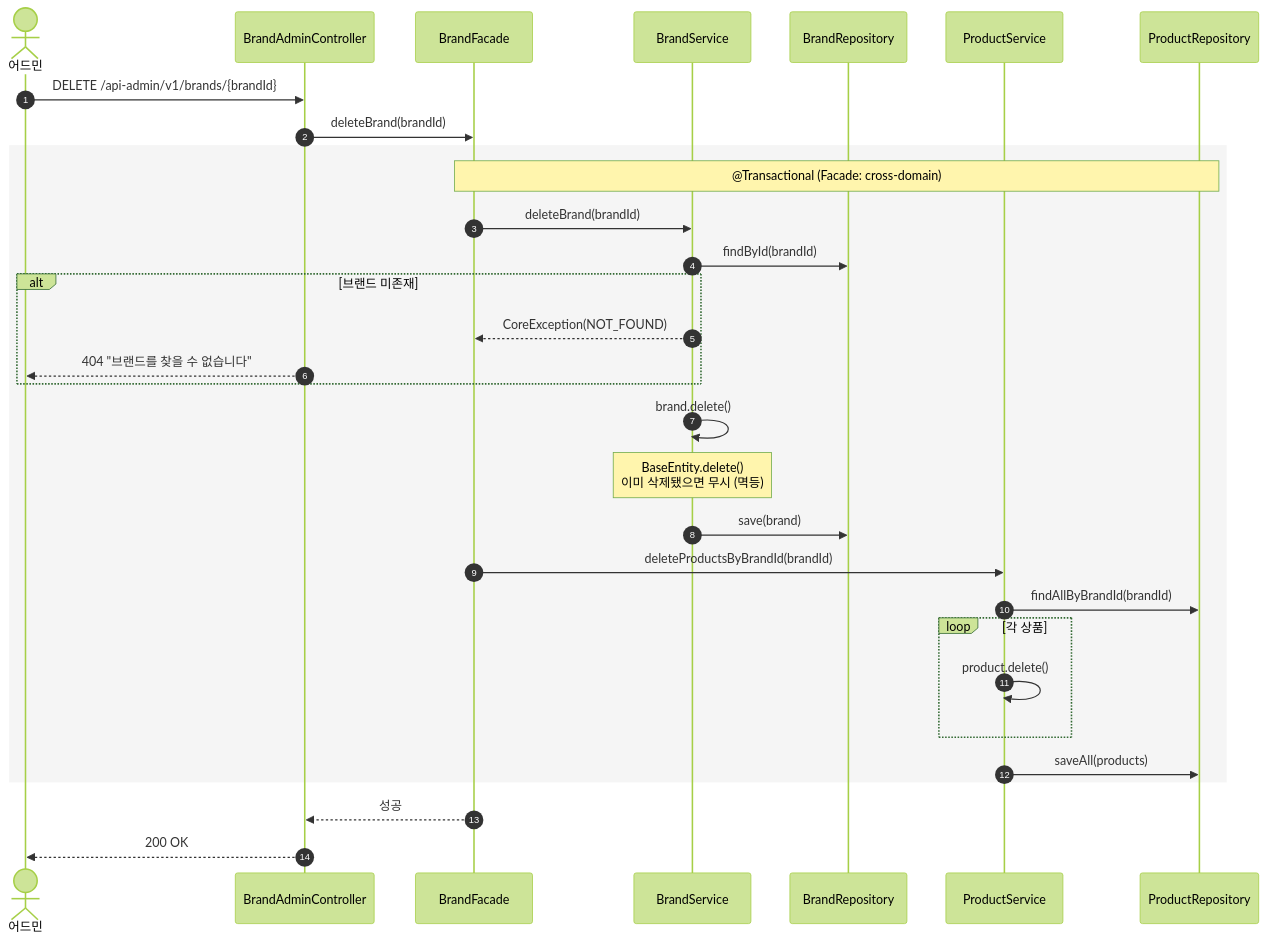
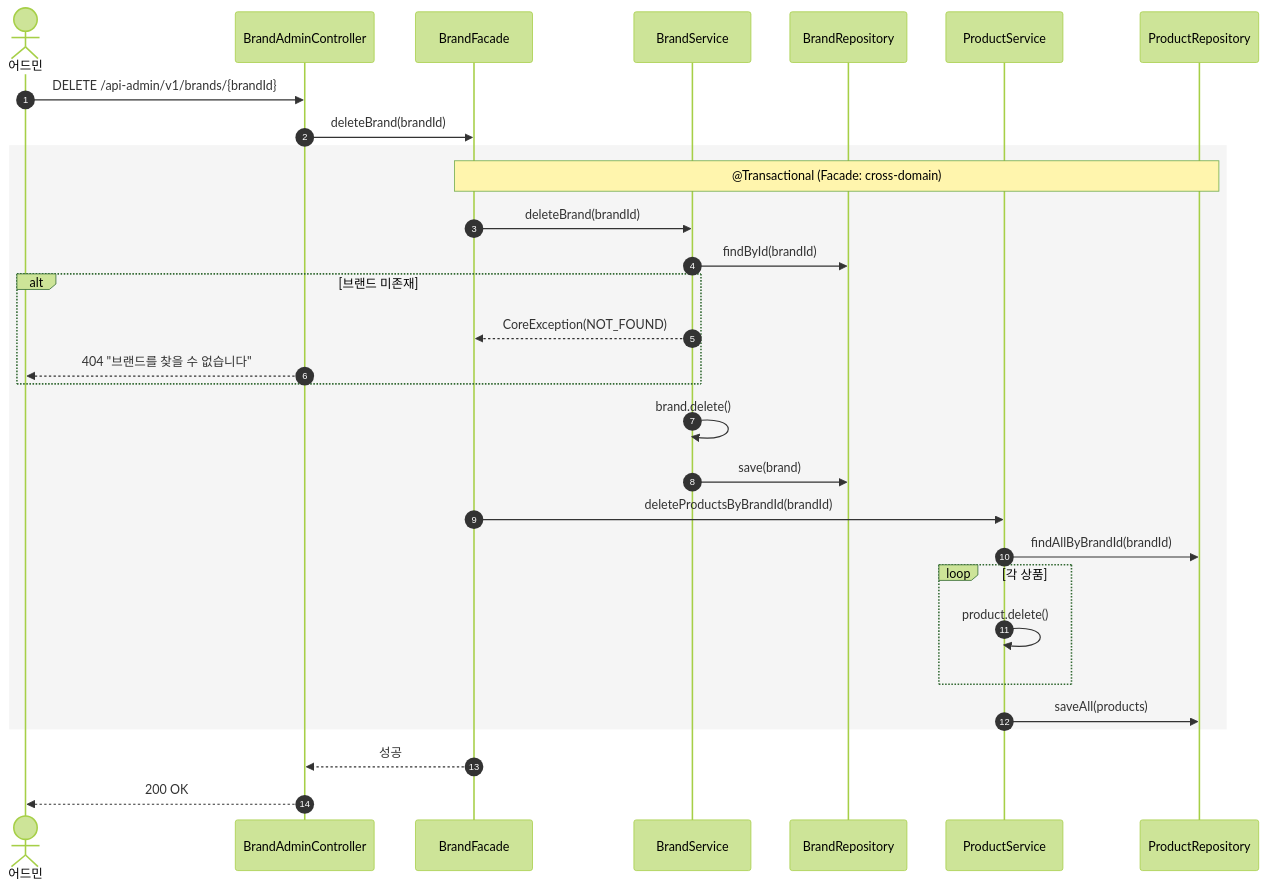
Before and after one commit to Loopers-dev-lab/loop-pack-be-l2-vol3-kotlin: the eighth of 21 diagrams in docs/design/02-sequence-diagrams.md, drawn with Mermaid (forest theme). The commit also changed other lines of this file and 4 other files, not shown here.

````diff
--- a/docs/design/02-sequence-diagrams.md
+++ b/docs/design/02-sequence-diagrams.md
@@ -256,37 +254,36 @@
 ```mermaid
 sequenceDiagram
     autonumber
     actor Admin as 어드민
     participant C as BrandAdminController
     participant F as BrandFacade
     participant BS as BrandService
     participant BR as BrandRepository
     participant PS as ProductService
     participant PR as ProductRepository
     Admin ->> C: DELETE /api-admin/v1/brands/{brandId}
     C ->> F: deleteBrand(brandId)
 
     rect rgb(245, 245, 245)
         Note over F, PR: @Transactional (Facade: cross-domain)
         F ->> BS: deleteBrand(brandId)
         BS ->> BR: findById(brandId)
 
         alt 브랜드 미존재
             BS -->> F: CoreException(NOT_FOUND)
             C -->> Admin: 404 "브랜드를 찾을 수 없습니다"
         end
 
         BS ->> BS: brand.delete()
-        Note over BS: BaseEntity.delete()<br/>이미 삭제됐으면 무시 (멱등)
         BS ->> BR: save(brand)
         F ->> PS: deleteProductsByBrandId(brandId)
         PS ->> PR: findAllByBrandId(brandId)
         loop 각 상품
             PS ->> PS: product.delete()
         end
         PS ->> PR: saveAll(products)
     end
 
     F -->> C: 성공
     C -->> Admin: 200 OK
 ```
````
